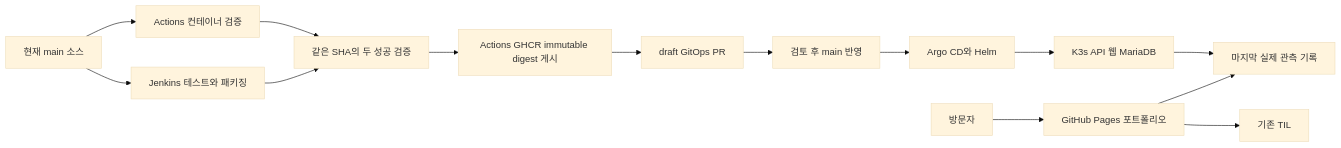
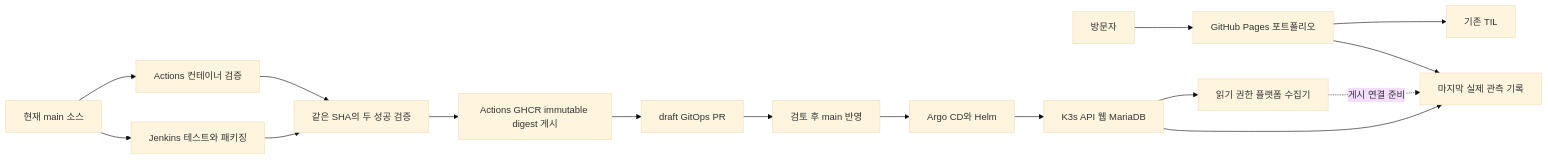
Before and after one commit to DevDooly/devdooly-platform-lab: the diagram in README.md, drawn with Mermaid (base theme). The commit also changed other lines of this file and 23 other files, not shown here.

````diff
--- a/README.md
+++ b/README.md
@@ -45,16 +48,18 @@
 ```mermaid
 flowchart LR
   V[방문자] --> P[GitHub Pages 포트폴리오]
   P --> O[마지막 실제 관측 기록]
   P --> T[기존 TIL]
   C[현재 main 소스] --> J[Jenkins 테스트와 패키징]
   C --> G[Actions 컨테이너 검증]
   J --> V2[같은 SHA의 두 성공 검증]
   G --> V2
   V2 --> R[Actions GHCR immutable digest 게시]
   R --> D[draft GitOps PR]
   D --> M[검토 후 main 반영]
   M --> A[Argo CD와 Helm]
   A --> K[K3s API 웹 MariaDB]
   K --> O
+  K --> S[읽기 권한 플랫폼 수집기]
+  S -. 게시 연결 준비 .-> O
 ```
````
